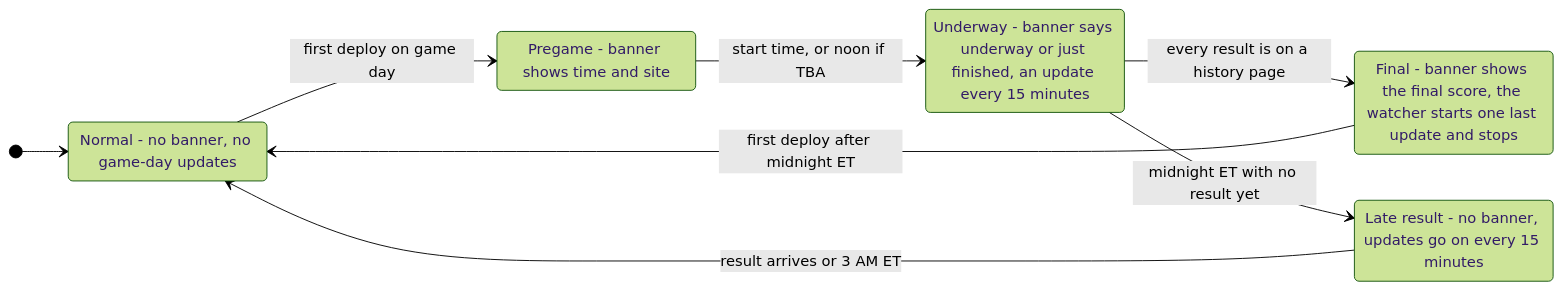
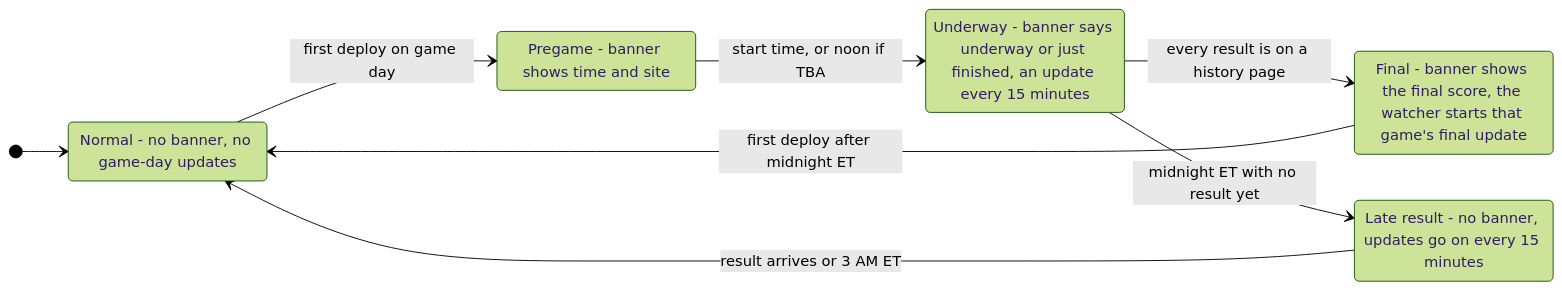
Before and after one commit to jacksonmote/DePauw-vs-Wabash-web: the third of 4 diagrams in README.md, drawn with Mermaid (forest theme). The commit also changed other lines of this file and 5 other files, not shown here.

First line of the commit message:
Watcher follow-ups: one final per game, relay hand-over, test dispatch

````diff
--- a/README.md
+++ b/README.md
@@ -371,16 +371,16 @@
 ```mermaid
 stateDiagram-v2
   direction LR
   [*] --> Normal
   Normal --> Pregame: first deploy on game day
   Pregame --> Underway: start time, or noon if TBA
   Underway --> Final: every result is on a history page
   Underway --> Late: midnight ET with no result yet
   Late --> Normal: result arrives or 3 AM ET
   Final --> Normal: first deploy after midnight ET
   Pregame: Pregame - banner shows time and site
   Underway: Underway - banner says underway or just finished, an update every 15 minutes
-  Final: Final - banner shows the final score, the watcher starts one last update and stops
+  Final: Final - banner shows the final score, the watcher starts that game's final update
   Late: Late result - no banner, updates go on every 15 minutes
   Normal: Normal - no banner, no game-day updates
 ```
````
